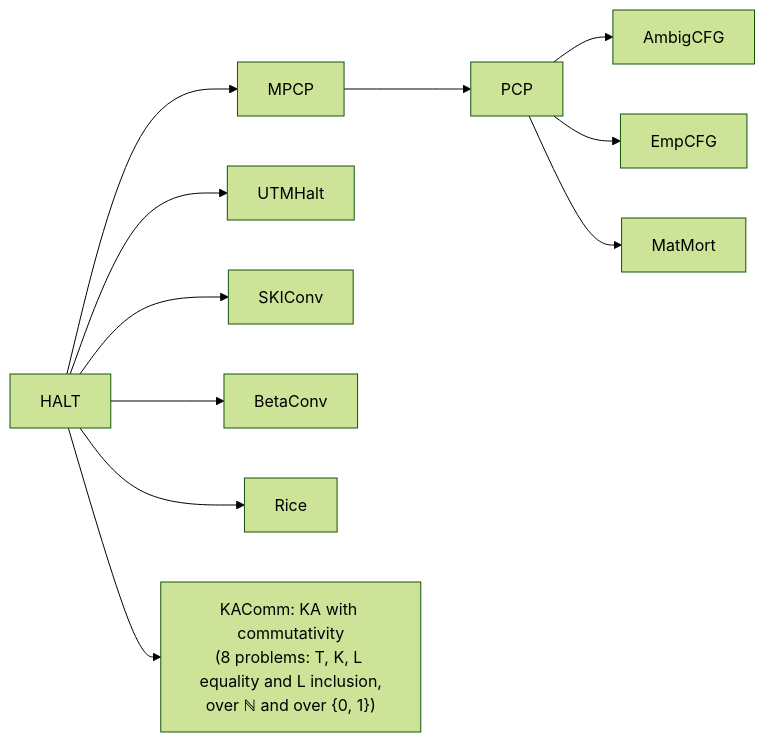
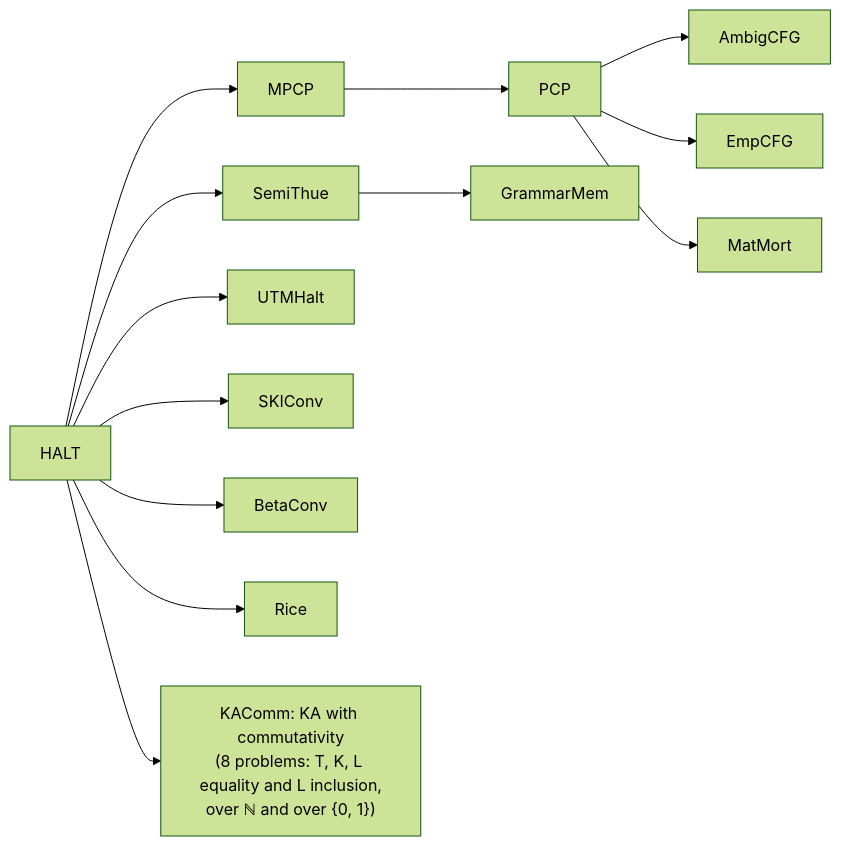
Before and after one commit to DiagonaLean/DiagonaLean: the diagram in README.md, drawn with Mermaid (forest theme). The commit also changed other lines of this file and 12 other files, not shown here.

Commit message:
feat(SemiThue + GrammarMem): no Turing machine decides the semi-Thue word problem or membership for unrestricted grammars (#48)

````diff
--- a/README.md
+++ b/README.md
@@ -21,12 +21,13 @@
 ```mermaid
 graph LR
   HALT --> MPCP --> PCP
+  HALT --> SemiThue --> GrammarMem
   PCP --> AmbigCFG
   PCP --> EmpCFG
   PCP --> MatMort
   HALT --> UTMHalt
   HALT --> SKIConv
   HALT --> BetaConv
   HALT --> Rice
   HALT --> KA["KAComm: KA with commutativity<br/>(8 problems: T, K, L equality and L inclusion,<br/>over ℕ and over {0, 1})"]
 ```
````
